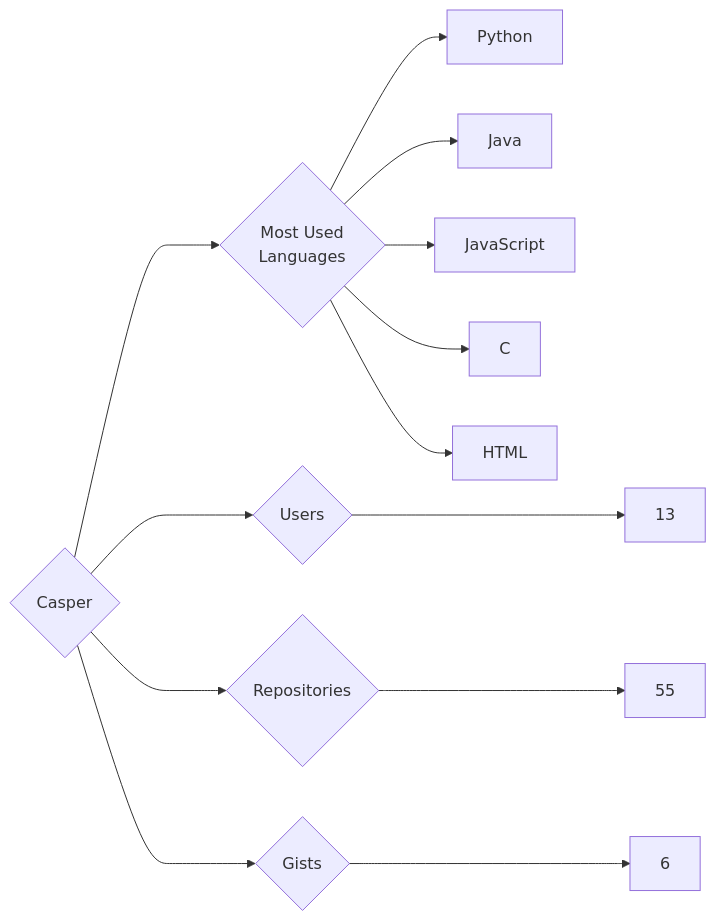
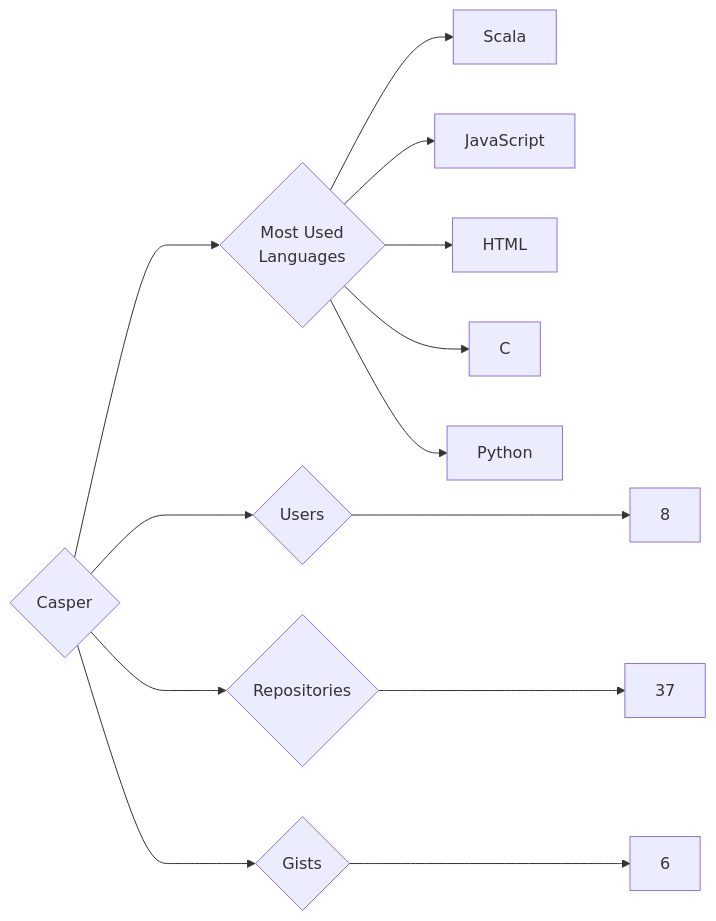
One commit to trickest/insiders changed the diagram in targets/Casper/README.md. Above: the diagram before and after it, drawn with Mermaid. The commit also changed 775 other files, not shown here.

````diff
--- a/targets/Casper/README.md
+++ b/targets/Casper/README.md
@@ -3,13 +3,13 @@
 ```mermaid
 graph LR
 COMPANY_NAME{Casper}
-COMPANY_NAME ---> U{Users} ---> UN[13]
-COMPANY_NAME ---> R{Repositories} ---> RN[55]
+COMPANY_NAME ---> U{Users} ---> UN[8]
+COMPANY_NAME ---> R{Repositories} ---> RN[37]
 COMPANY_NAME ---> G{Gists} ---> GN[6]
 COMPANY_NAME ---> ML{Most Used<br>Languages}
+ML --> Scala[Scala]
+ML --> JavaScript[JavaScript]
+ML --> HTML[HTML]
+ML --> C[C]
 ML --> Python[Python]
-ML --> Java[Java]
-ML --> JavaScript[JavaScript]
-ML --> C[C]
-ML --> HTML[HTML]
 ```
````
